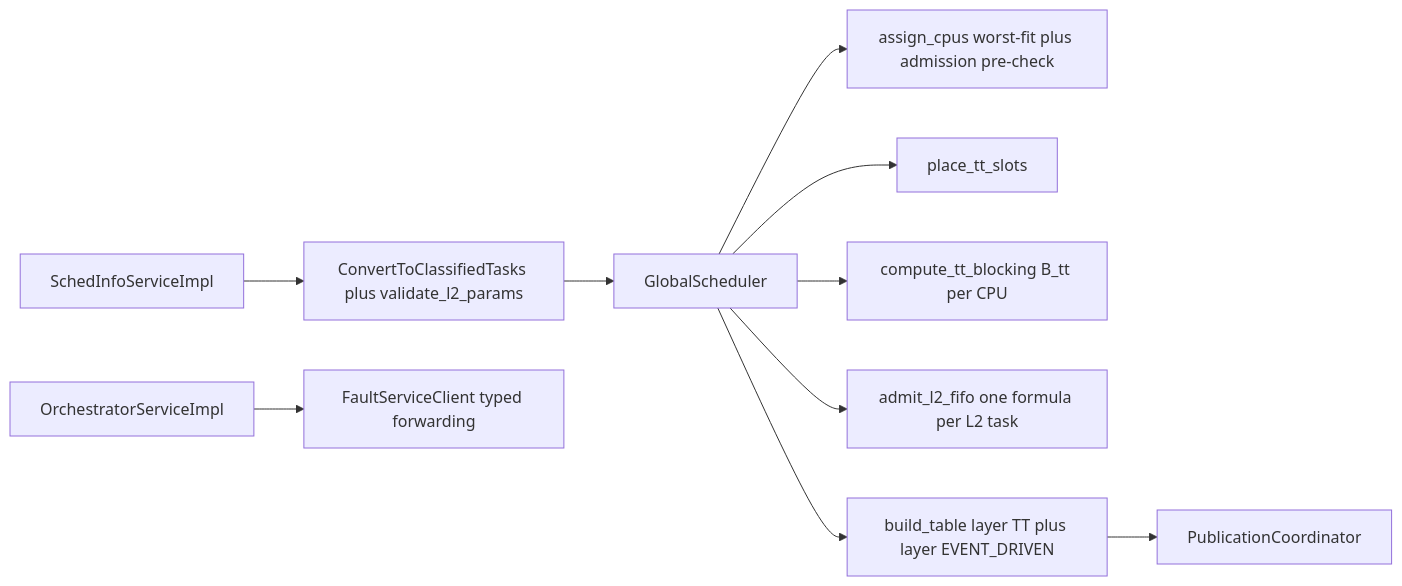
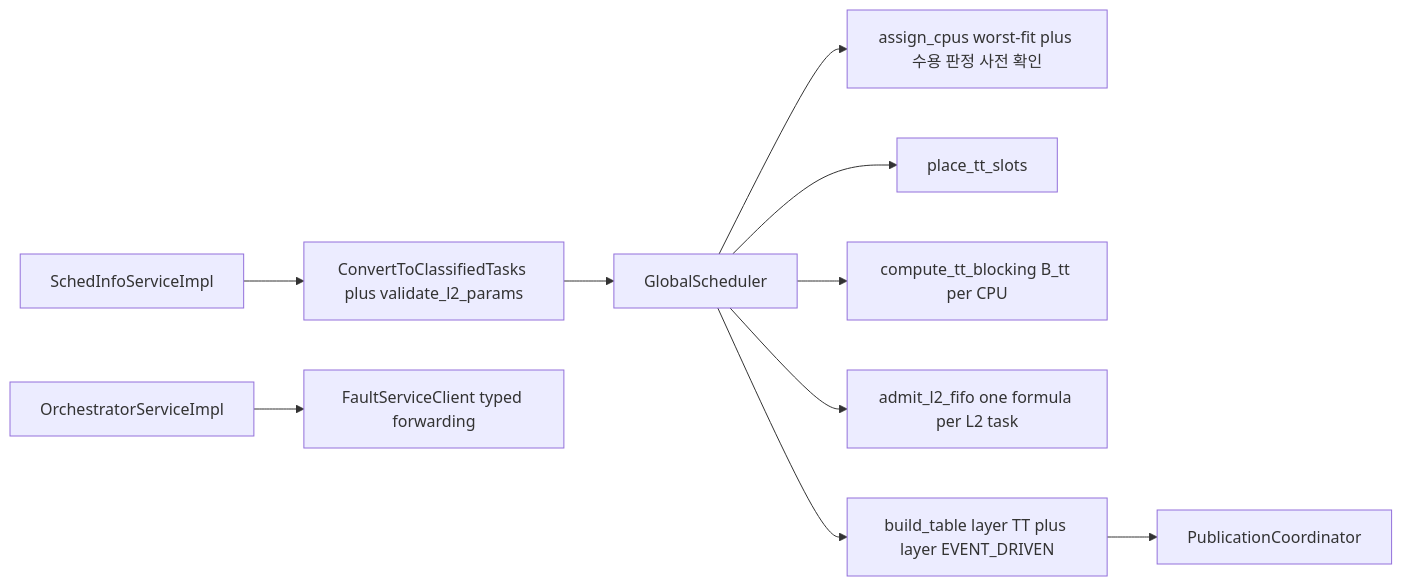
One commit to akshayg0314/timpani26 changed the second of 13 diagrams in doc/design/kor/HLD-008-event-driven-workload-support.md. Above: the diagram before and after it, drawn with Mermaid. The commit also changed other lines of this file and 8 other files, not shown here.

````diff
--- a/doc/design/kor/HLD-008-event-driven-workload-support.md
+++ b/doc/design/kor/HLD-008-event-driven-workload-support.md
@@ -117,12 +117,12 @@
 ```mermaid
 flowchart LR
   SIS[SchedInfoServiceImpl] --> CONV[ConvertToClassifiedTasks plus validate_l2_params]
   CONV --> GS[GlobalScheduler]
-  GS --> AC[assign_cpus worst-fit plus admission pre-check]
+  GS --> AC[assign_cpus worst-fit plus 수용 판정 사전 확인]
   GS --> TT[place_tt_slots]
   GS --> BT[compute_tt_blocking B_tt per CPU]
   GS --> ADM[admit_l2_fifo one formula per L2 task]
   GS --> TB[build_table layer TT plus layer EVENT_DRIVEN]
   TB --> PC[PublicationCoordinator]
   OS[OrchestratorServiceImpl] --> FC[FaultServiceClient typed forwarding]
 ```
````
